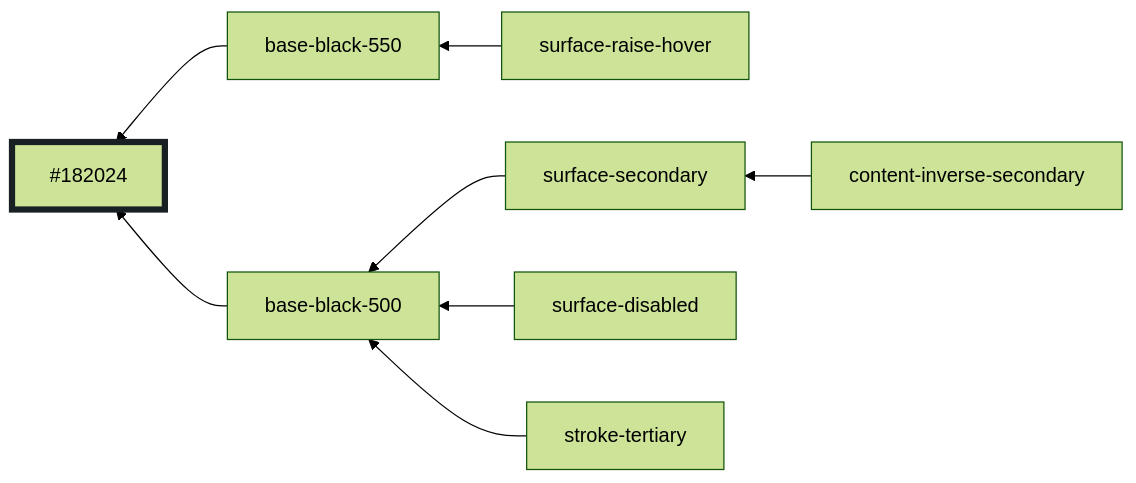
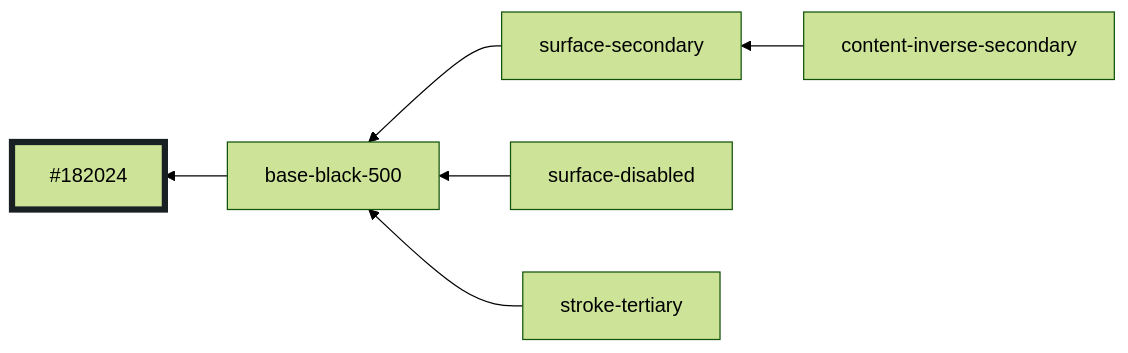
Diagram 27 of 30 in libs/ui/styles/themes/main.md (oxidecomputer/console), drawn with Mermaid (forest theme) before and after one commit. The commit also changed other lines of this file and 2 other files, not shown here.

````diff
--- a/libs/ui/styles/themes/main.md
+++ b/libs/ui/styles/themes/main.md
@@ -340,12 +340,10 @@
 ```mermaid
 graph RL
-  base-black-550 --> #182024:::base-black-500
   base-black-500 --> #182024:::base-black-500
   surface-secondary --> base-black-500
   surface-disabled --> base-black-500
-  surface-raise-hover --> base-black-550
   content-inverse-secondary --> surface-secondary
   stroke-tertiary --> base-black-500
 
   classDef base-black-500 stroke-width:5,stroke:#182024
 ```
````
